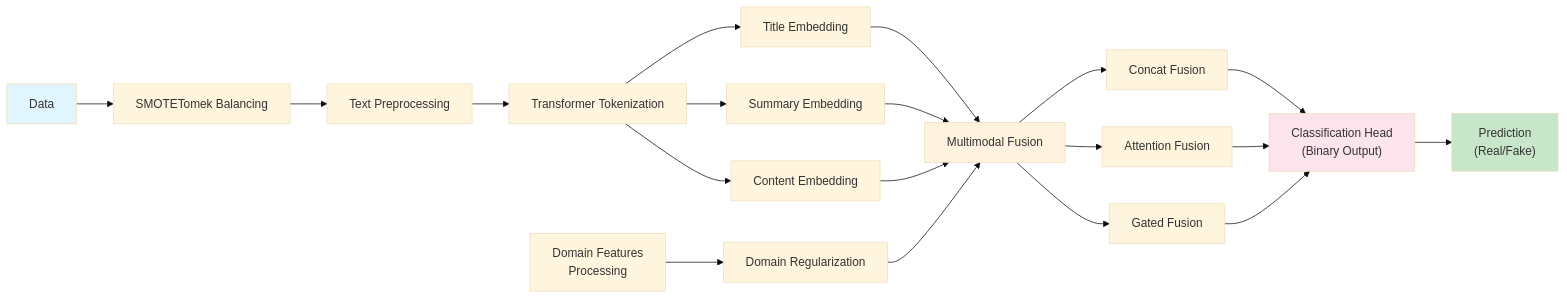
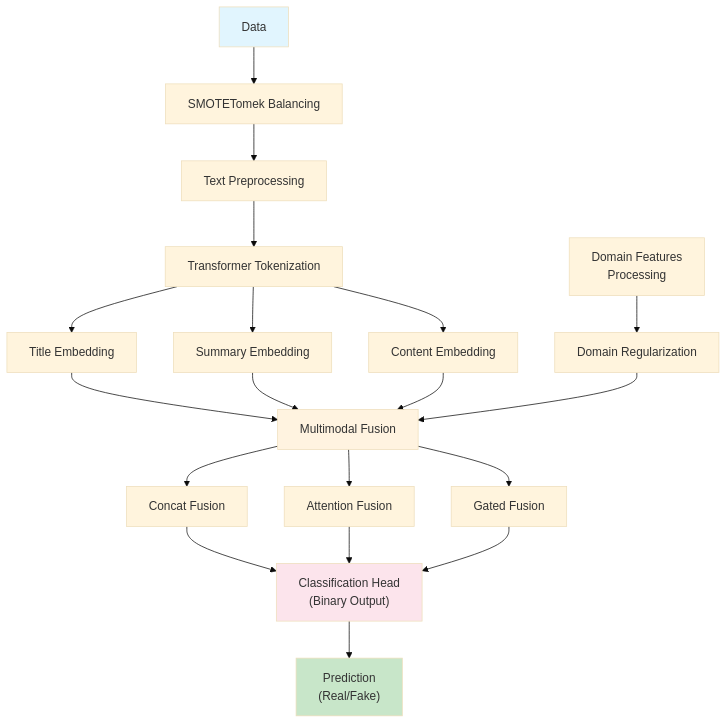
One commit to huynhtuan0106/ViFN-Fake-News-Detection-System changed the second of 2 diagrams in README.md. Above: the diagram before and after it, drawn with Mermaid (base theme).

Commit message:
update README file

````diff
--- a/README.md
+++ b/README.md
@@ -30,32 +30,32 @@
 ```mermaid
-graph LR
+graph TD
     A["Data"] --> B["SMOTETomek Balancing"]
     B --> C["Text Preprocessing"]
     C --> D["Transformer Tokenization"]
     
     D --> E1["Title Embedding"]
     D --> E2["Summary Embedding"]
     D --> E3["Content Embedding"]
     
     F["Domain Features<br/>Processing"] --> G["Domain Regularization"]
     
     E1 --> H["Multimodal Fusion"]
     E2 --> H
     E3 --> H
     G --> H
     
     H --> I1["Concat Fusion"]
     H --> I2["Attention Fusion"]
     H --> I3["Gated Fusion"]
     
     I1 --> J["Classification Head<br/>(Binary Output)"]
     I2 --> J
     I3 --> J
     
     J --> K["Prediction<br/>(Real/Fake)"]
     
     style A fill:#e1f5fe
     style K fill:#c8e6c9
     style H fill:#fff3e0
     style J fill:#fce4ec
 ```
````
